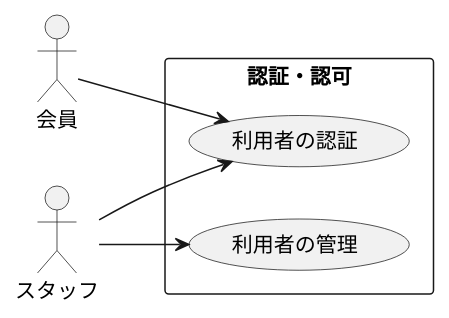
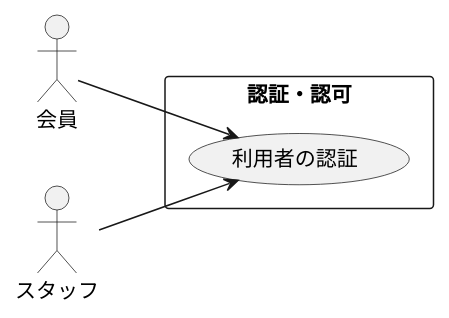
Diagram 21 of 31 in docs/index.adoc (k2works/case-study-mrs), drawn with PlantUML before and after one commit. The commit also changed other lines of this file, not shown here.

```diff
--- a/docs/index.adoc
+++ b/docs/index.adoc
@@ -682,15 +684,13 @@
 [plantuml]
 ----
 @startuml
 left to right direction
 actor "会員" as member
 actor "スタッフ" as admin
 rectangle 認証・認可 {
   usecase "利用者の認証" as UC1
-  usecase "利用者の管理" as UC2
 }
 member --> UC1
 admin --> UC1
-admin --> UC2
 @enduml
 ----
```
